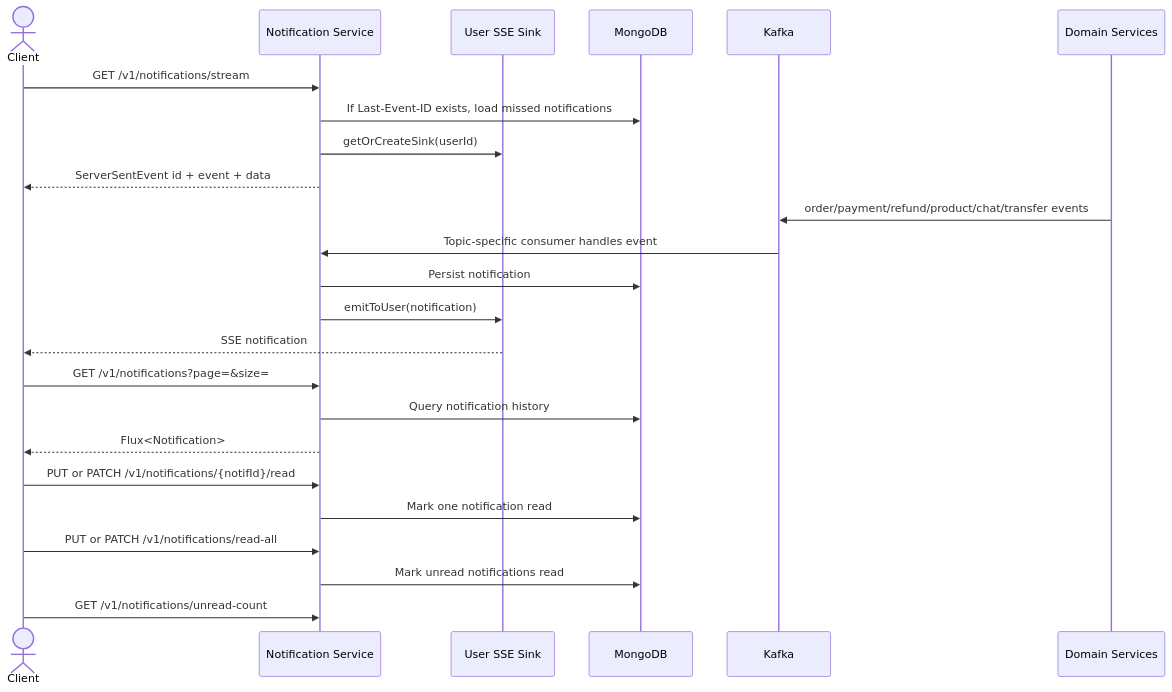
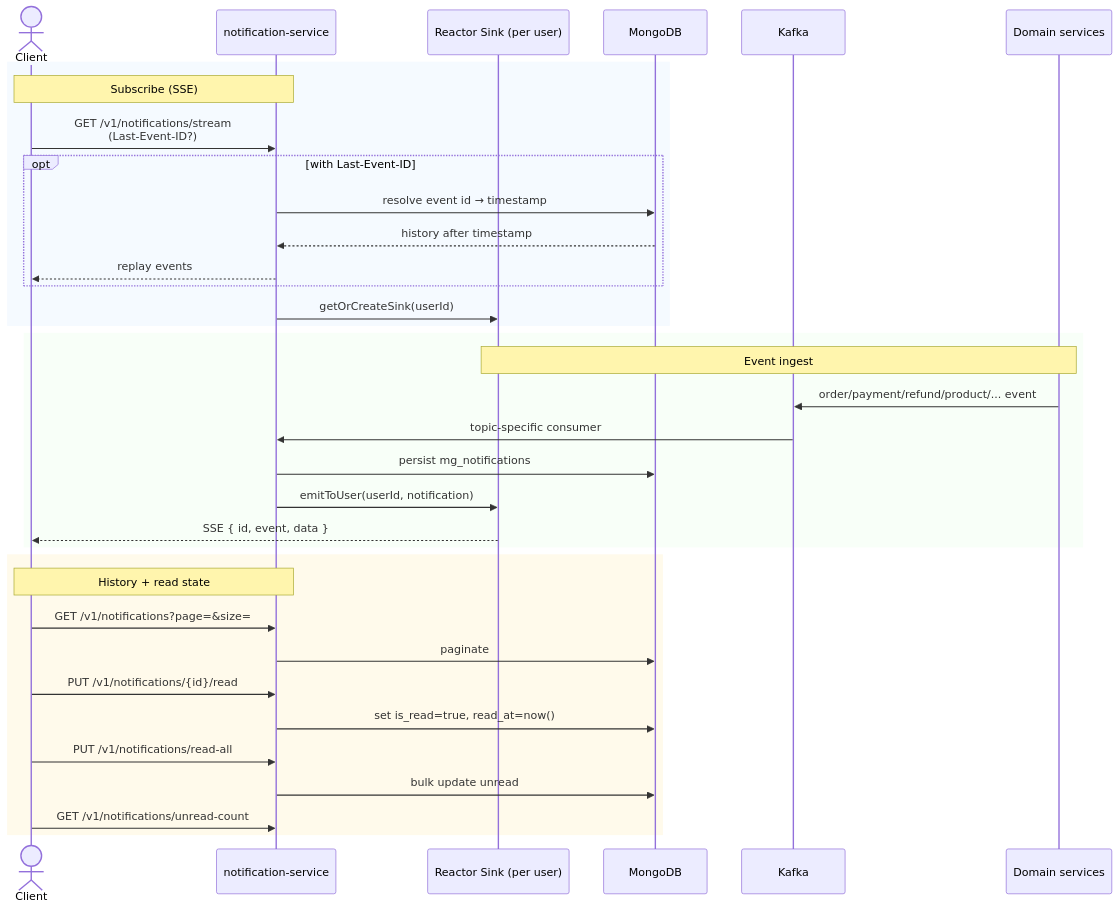
One commit to ldqanh1408/stealing-from-paradise changed the diagram in documents/flows/notification-service/flow-notification-stream.md. Above: the diagram before and after it, drawn with Mermaid. The commit also changed other lines of this file and 48 other files, not shown here.

First line of the commit message:
Add new product categories and update product seed data

````diff
--- a/documents/flows/notification-service/flow-notification-stream.md
+++ b/documents/flows/notification-service/flow-notification-stream.md
@@ -14,30 +35,40 @@
 ```mermaid
 sequenceDiagram
     actor Client
-    participant Notif as Notification Service
-    participant Sink as User SSE Sink
-    participant Mongo as MongoDB
-    participant Kafka as Kafka
-    participant Producers as Domain Services
+    participant NT as notification-service
+    participant Sink as Reactor Sink (per user)
+    participant MG as MongoDB
+    participant K as Kafka
+    participant SVCs as Domain services
 
-    Client->>Notif: GET /v1/notifications/stream
-    Notif->>Mongo: If Last-Event-ID exists, load missed notifications
-    Notif->>Sink: getOrCreateSink(userId)
-    Notif-->>Client: ServerSentEvent id + event + data
+    rect rgb(245,250,255)
+    Note over Client,NT: Subscribe (SSE)
+    Client->>NT: GET /v1/notifications/stream<br/>(Last-Event-ID?)
+    opt with Last-Event-ID
+        NT->>MG: resolve event id → timestamp
+        MG-->>NT: history after timestamp
+        NT-->>Client: replay events
+    end
+    NT->>Sink: getOrCreateSink(userId)
+    end
 
-    Producers->>Kafka: order/payment/refund/product/chat/transfer events
-    Kafka->>Notif: Topic-specific consumer handles event
-    Notif->>Mongo: Persist notification
-    Notif->>Sink: emitToUser(notification)
-    Sink-->>Client: SSE notification
+    rect rgb(248,255,248)
+    Note over SVCs,Sink: Event ingest
+    SVCs->>K: order/payment/refund/product/... event
+    K->>NT: topic-specific consumer
+    NT->>MG: persist mg_notifications
+    NT->>Sink: emitToUser(userId, notification)
+    Sink-->>Client: SSE { id, event, data }
+    end
 
-    Client->>Notif: GET /v1/notifications?page=&size=
-    Notif->>Mongo: Query notification history
-    Notif-->>Client: Flux<Notification>
-
-    Client->>Notif: PUT or PATCH /v1/notifications/{notifId}/read
-    Notif->>Mongo: Mark one notification read
-    Client->>Notif: PUT or PATCH /v1/notifications/read-all
-    Notif->>Mongo: Mark unread notifications read
-    Client->>Notif: GET /v1/notifications/unread-count
+    rect rgb(255,250,235)
+    Note over Client,NT: History + read state
+    Client->>NT: GET /v1/notifications?page=&size=
+    NT->>MG: paginate
+    Client->>NT: PUT /v1/notifications/{id}/read
+    NT->>MG: set is_read=true, read_at=now()
+    Client->>NT: PUT /v1/notifications/read-all
+    NT->>MG: bulk update unread
+    Client->>NT: GET /v1/notifications/unread-count
+    end
 ```
````
